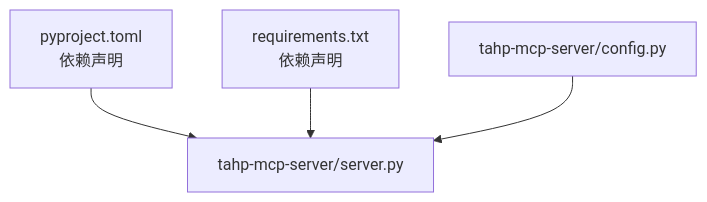
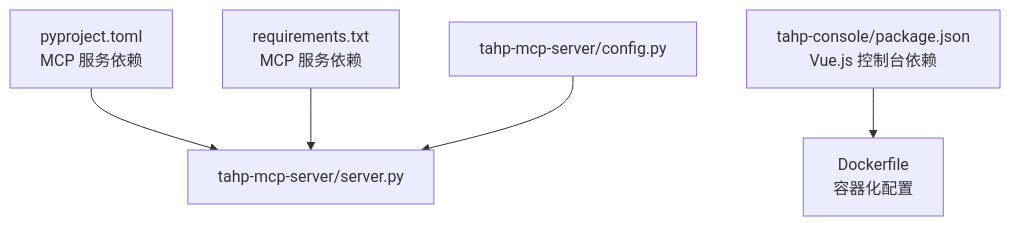
Before and after one commit to afcartevil/automated-test-script: the tenth of 17 diagrams in .qoder/repowiki/zh/content/部署与运维.md, drawn with Mermaid. The commit also changed other lines of this file and 650 other files, not shown here.

````diff
--- a/.qoder/repowiki/zh/content/部署与运维.md
+++ b/.qoder/repowiki/zh/content/部署与运维.md
@@ -337,10 +394,13 @@
 ```mermaid
 graph TB
-P["pyproject.toml<br/>依赖声明"]
-R["requirements.txt<br/>依赖声明"]
+P["pyproject.toml<br/>MCP 服务依赖"]
+R["requirements.txt<br/>MCP 服务依赖"]
 S["tahp-mcp-server/server.py"]
 C["tahp-mcp-server/config.py"]
+V["tahp-console/package.json<br/>Vue.js 控制台依赖"]
+D["Dockerfile<br/>容器化配置"]
 P --> S
 R --> S
 C --> S
+V --> D
 ```
````
